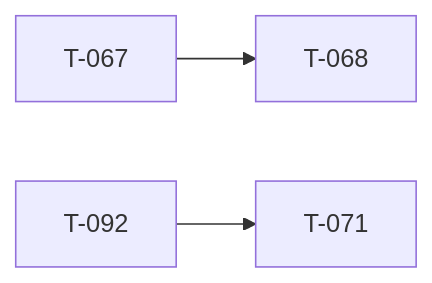
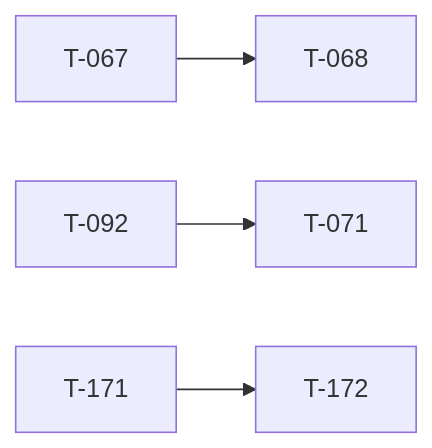
One commit to darkforce09/TBD-reforger changed the diagram in docs/TICKET_LEAD.md. Above: the diagram before and after it, drawn with Mermaid. The commit also changed other lines of this file and 56 other files, not shown here.

````diff
--- a/docs/TICKET_LEAD.md
+++ b/docs/TICKET_LEAD.md
@@ -30,5 +31,6 @@
 ```mermaid
 flowchart LR
   T067[T-067] --> T068[T-068]
   T092[T-092] --> T071[T-071]
+  T171[T-171] --> T172[T-172]
 ```
````
